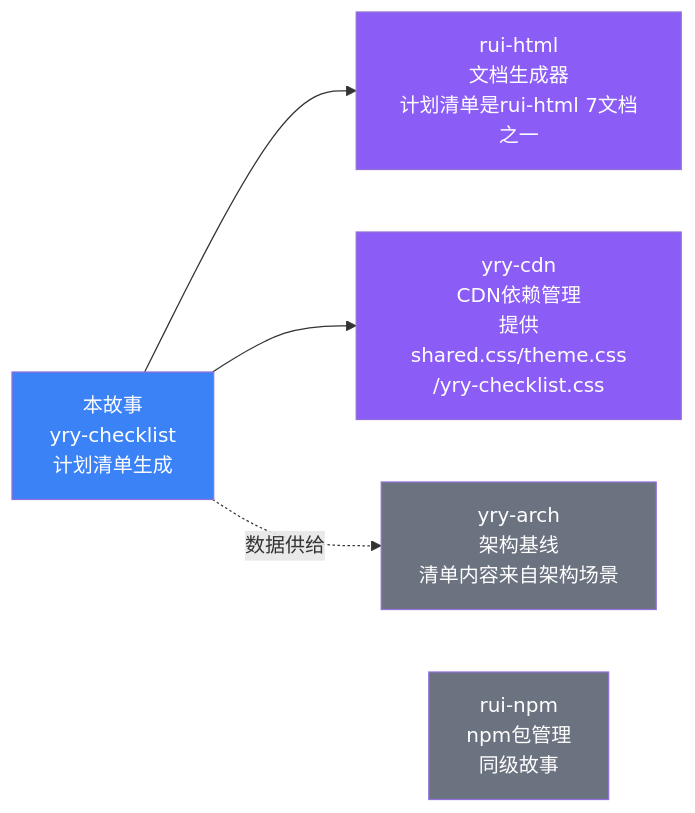
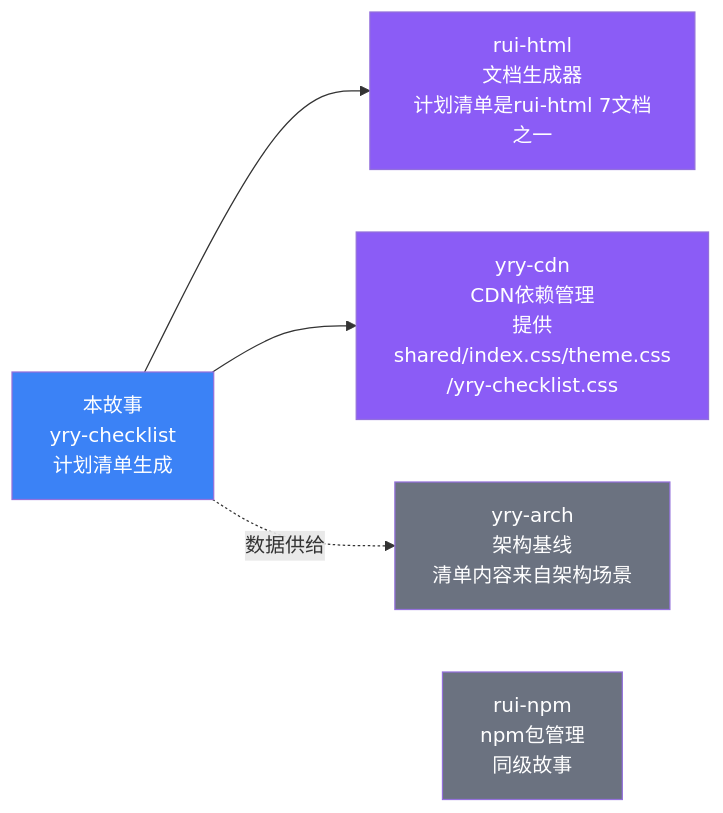
Before and after one commit to effiy/YrY: the sixth of 6 diagrams in docs/故事任务面板/计划清单/故事任务.md, drawn with Mermaid. The commit also changed other lines of this file and 553 other files, not shown here.

````diff
--- a/docs/故事任务面板/计划清单/故事任务.md
+++ b/docs/故事任务面板/计划清单/故事任务.md
@@ -559,11 +559,11 @@
 ```mermaid
 flowchart LR
     CHECKLIST["本故事\nyry-checklist\n计划清单生成"]:::here --> HTML["rui-html\n文档生成器\n计划清单是rui-html 7文档之一"]:::story
-    CHECKLIST --> CDN["yry-cdn\nCDN依赖管理\n提供shared.css/theme.css\n/yry-checklist.css"]:::story
+    CHECKLIST --> CDN["yry-cdn\nCDN依赖管理\n提供shared/index.css/theme.css\n/yry-checklist.css"]:::story
     CHECKLIST -.->|"数据供给"| ARCH["yry-arch\n架构基线\n清单内容来自架构场景"]:::peer
     CHECKLIST ~~~ NPM["rui-npm\nnpm包管理\n同级故事"]:::peer
 
     classDef here fill:#3B82F6,color:#fff
     classDef story fill:#8B5CF6,color:#fff
     classDef peer fill:#6B7280,color:#fff
 ```
````
